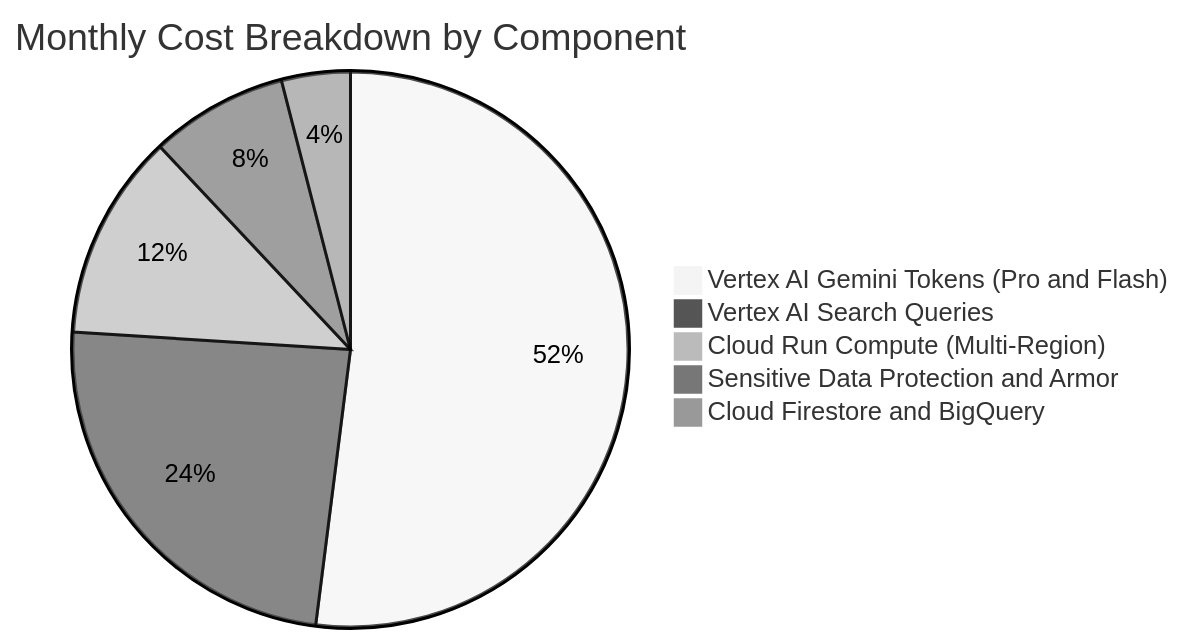
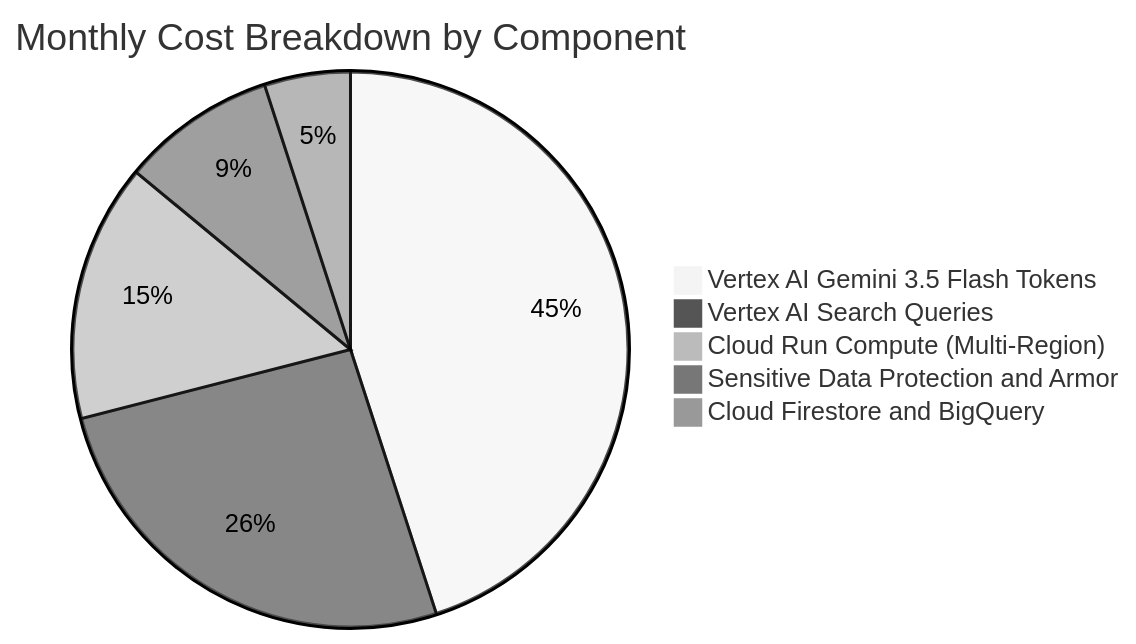
Before and after one commit to randyh0329/PRJ-ELEVATE-C1-G5: diagram 11 of 13 in Enterprise Agentic Solution Design Document - MVP 1.md, drawn with Mermaid (neutral theme). The commit also changed other lines of this file, not shown here.

Commit message:
Change model gemini 1.5 to gemini 3.5 flash

````diff
--- a/Enterprise Agentic Solution Design Document - MVP 1.md
+++ b/Enterprise Agentic Solution Design Document - MVP 1.md
@@ -518,8 +518,8 @@
 ```mermaid
 pie title Monthly Cost Breakdown by Component
-    "Vertex AI Gemini Tokens (Pro and Flash)" : 52
-    "Vertex AI Search Queries" : 24
-    "Cloud Run Compute (Multi-Region)" : 12
-    "Sensitive Data Protection and Armor" : 8
-    "Cloud Firestore and BigQuery" : 4
+    "Vertex AI Gemini 3.5 Flash Tokens" : 45
+    "Vertex AI Search Queries" : 26
+    "Cloud Run Compute (Multi-Region)" : 15
+    "Sensitive Data Protection and Armor" : 9
+    "Cloud Firestore and BigQuery" : 5
 ```
````
